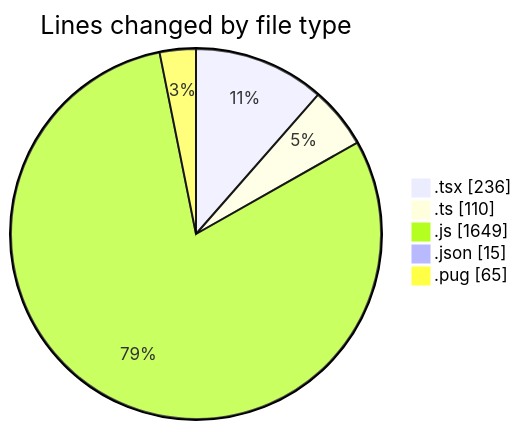
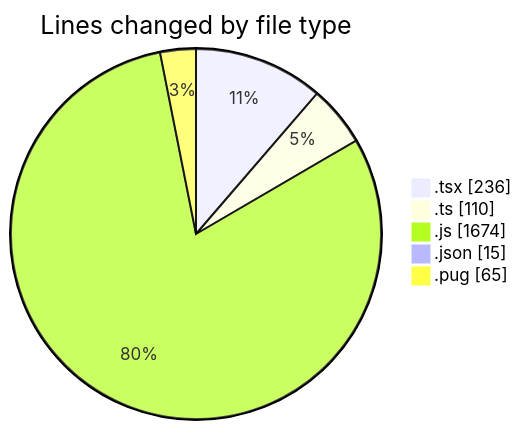
Before and after one commit to momahboobian/code-tracking: the first of 2 diagrams in 2025-03-24/cda/README.md, drawn with Mermaid. The commit also changed other lines of this file and 1 other file, not shown here.

````diff
--- a/2025-03-24/cda/README.md
+++ b/2025-03-24/cda/README.md
@@ -30,9 +30,9 @@
 ```mermaid
 pie showData
 title Lines changed by file type
 ".tsx" : 236
 ".ts" : 110
-".js" : 1649
+".js" : 1674
 ".json" : 15
 ".pug" : 65
 ```
````
